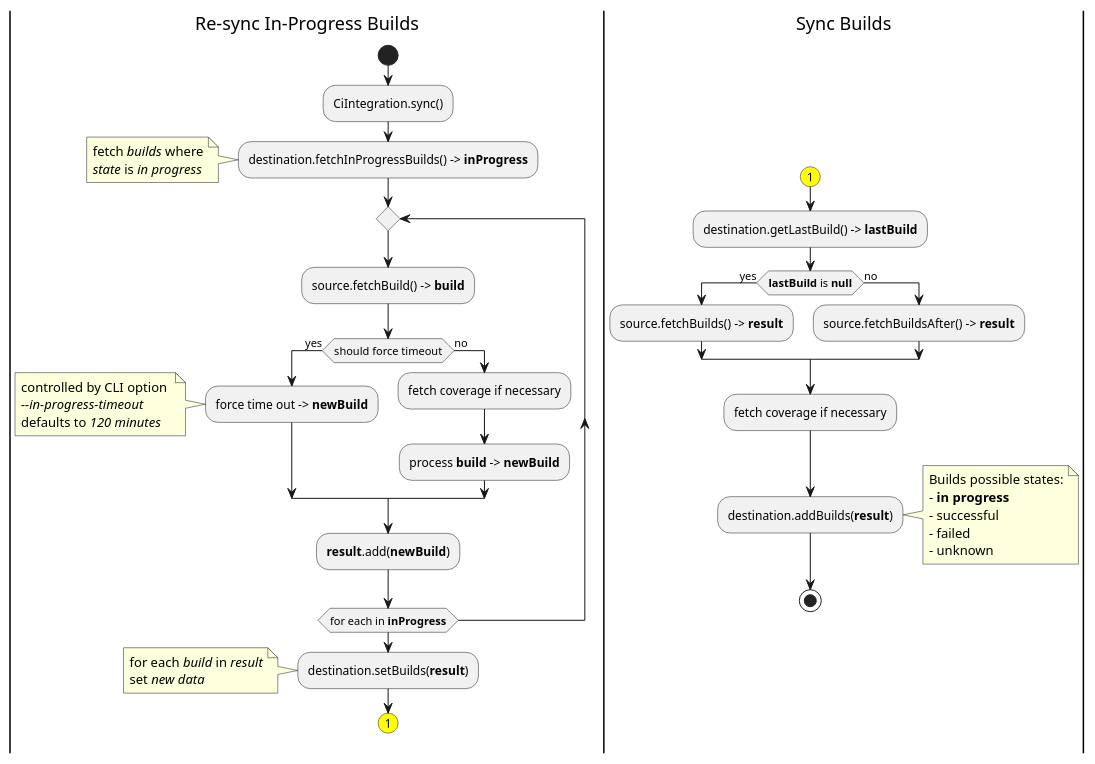
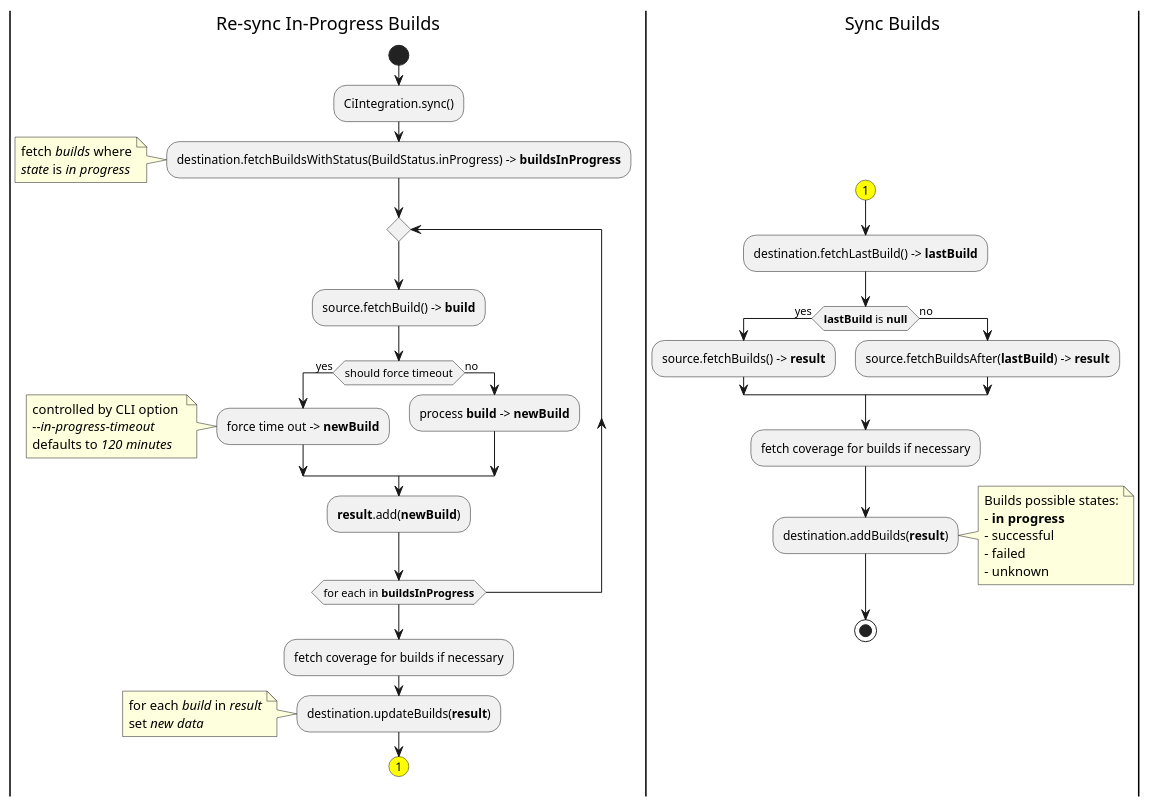
One commit to Flank/flank-dashboard changed the diagram in metrics/ci_integrations/docs/diagrams/sync_algorithm_activity_diagram.puml. Above: the diagram before and after it, drawn with PlantUML. The commit also changed 6 other files, not shown here.

Commit message:
add diagrams; add sections to the document

```diff
--- a/metrics/ci_integrations/docs/diagrams/sync_algorithm_activity_diagram.puml
+++ b/metrics/ci_integrations/docs/diagrams/sync_algorithm_activity_diagram.puml
@@ -1,79 +1,72 @@
 @startuml sync_algorithm_activity_diagram
 'https://plantuml.com/activity-diagram-beta
 skinparam ConditionEndStyle hline
 
 |Re-sync In-Progress Builds|
 split
 -[hidden]->
 
     start
     :CiIntegration.sync();
-    :destination.fetchInProgressBuilds() -> **inProgress**;
+    :destination.fetchBuildsWithStatus(BuildStatus.inProgress) -> **buildsInProgress**;
     note left
         fetch //builds// where
         //state// is //in progress//
     end note
 
     repeat
         :source.fetchBuild() -> **build**;
 
         if (should force timeout) then (yes) 
             :force time out -> **newBuild**;
             note left
                 controlled by CLI option 
                 //--in-progress-timeout//
                 defaults to //120 minutes//
             end note
         else (no)
-            :fetch coverage if necessary;
             :process **build** -> **newBuild**;
         endif
 
         :**result**.add(**newBuild**);
-    repeatwhile (for each in **inProgress**)
+    repeatwhile (for each in **buildsInProgress**)
 
-    :destination.setBuilds(**result**);
+    :fetch coverage for builds if necessary;
+    :destination.updateBuilds(**result**);
     note left
         for each //build// in //result//
         set //new data//
     end note
 
     #yellow:(1)
     detach
 
 |Sync Builds|
 split again
 -[hidden]->
 
-        #yellow:(1)
+    #yellow:(1)
 
-        :destination.getLastBuild() -> **lastBuild**;
+    :destination.fetchLastBuild() -> **lastBuild**;
 
-        if (**lastBuild** is **null**) then (yes)
-            :source.fetchBuilds() -> **result**;
-        else (no)
-            :source.fetchBuildsAfter() -> **result**;
-        endif
+    if (**lastBuild** is **null**) then (yes)
+        :source.fetchBuilds() -> **result**;
+    else (no)
+        :source.fetchBuildsAfter(**lastBuild**) -> **result**;
+    endif
 
-        :fetch coverage if necessary;
+    :fetch coverage for builds if necessary;
 
-        ' if (fetchCoverage?) then (yes)
-        '     repeat
-        '         :source.fetchCoverage();
-        '     repeatwhile (for each in **result**)
-        ' else (no)
-        ' endif
-
-        :destination.addBuilds(**result**);
-        note right
-            Builds possible states:
-            - **in progress**
-            - successful
-            - failed
-            - unknown
-        end note
+    :destination.addBuilds(**result**);
+    note right
+        Builds possible states:
+        - **in progress**
+        - successful
+        - failed
+        - unknown
+    end note
 
 stop
 end split
 
 @enduml
```
